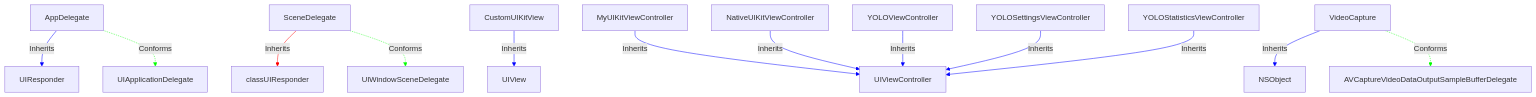
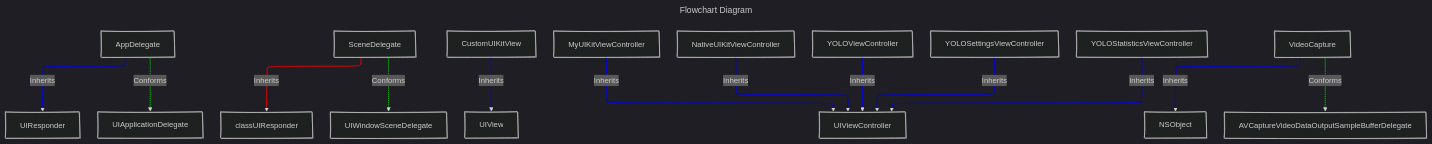
The second of 10 diagrams in Reversing_Engineer_through_Interfaces/Swift-generated_header_file_in_depth_in_Mermaid.md (CongLeSolutionX/iOS-development-vault), drawn with Mermaid before and after one commit. The commit also changed other lines of this file and 8 other files, not shown here.

````diff
--- a/Reversing_Engineer_through_Interfaces/Swift-generated_header_file_in_depth_in_Mermaid.md
+++ b/Reversing_Engineer_through_Interfaces/Swift-generated_header_file_in_depth_in_Mermaid.md
@@ -163,27 +170,34 @@
 ```mermaid
+---
+title: Flowchart Diagram
+config:
+  layout: elk
+  look: handDrawn
+  theme: dark
+---
 flowchart TD
     AppDelegate --> |Inherits| UIResponder
     AppDelegate -.-> |Conforms| UIApplicationDelegate
 
     SceneDelegate --> |Inherits| classUIResponder
     SceneDelegate -.-> |Conforms| UIWindowSceneDelegate
 
     CustomUIKitView --> |Inherits| UIView
     MyUIKitViewController --> |Inherits| UIViewController
     NativeUIKitViewController --> |Inherits| UIViewController
     YOLOViewController --> |Inherits| UIViewController
     YOLOSettingsViewController --> |Inherits| UIViewController
     YOLOStatisticsViewController --> |Inherits| UIViewController
 
     VideoCapture --> |Inherits| NSObject
     VideoCapture -.-> |Conforms| AVCaptureVideoDataOutputSampleBufferDelegate
 
 
     %% Styling Relationships
     linkStyle 0,2,4,5,6,7,8,9,10 stroke:#0000FF,stroke-width:2px %% Inheritance: blue solid line
     linkStyle 1,3,11 stroke:#00FF00,stroke-dasharray:5 5 %% Protocol Conformance: green dashed line
     linkStyle 2 stroke:#FF0000,stroke-width:2px %% Association: red solid line, open arrowhead
 
 %% Note: The numbers in linkStyle correspond to the order of links above.
 
 ```
````
